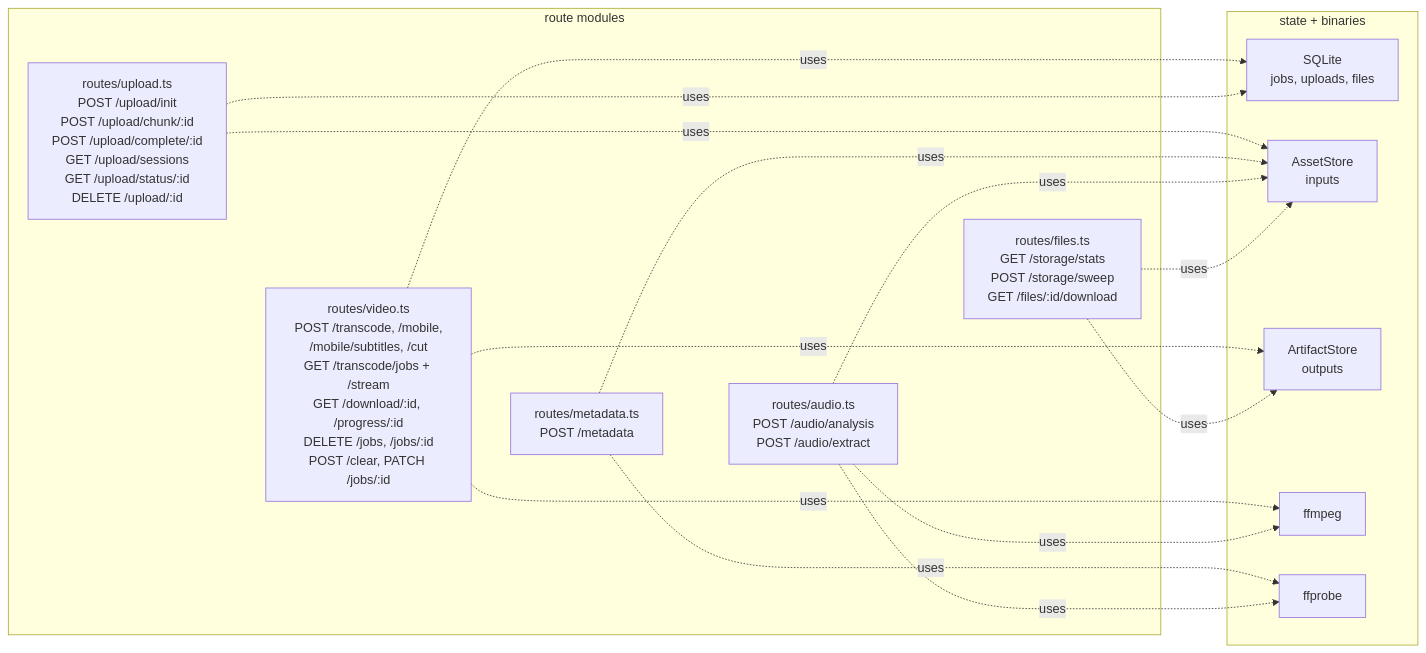
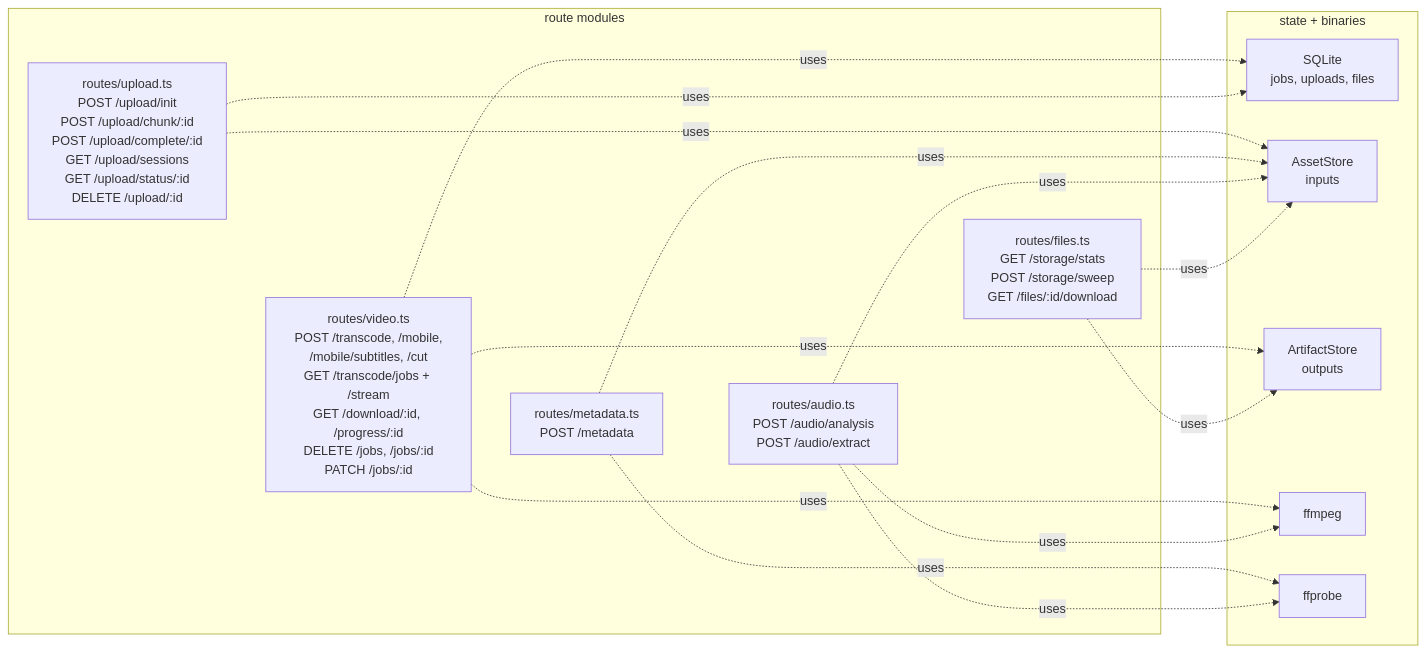
Before and after one commit to Iipal/ffmpego_editor: the second of 6 diagrams in apps/api/README.md, drawn with Mermaid. The commit also changed other lines of this file and 3 other files, not shown here.

Commit message:
chore(api): delete dead POST /transcode/clear alias (use DELETE /transcode/jobs)

````diff
--- a/apps/api/README.md
+++ b/apps/api/README.md
@@ -38,26 +38,26 @@
 ```mermaid
 flowchart LR
     subgraph Modules["route modules"]
         U["routes/upload.ts<br/>POST /upload/init<br/>POST /upload/chunk/:id<br/>POST /upload/complete/:id<br/>GET /upload/sessions<br/>GET /upload/status/:id<br/>DELETE /upload/:id"]
-        V["routes/video.ts<br/>POST /transcode, /mobile,<br/>/mobile/subtitles, /cut<br/>GET /transcode/jobs + /stream<br/>GET /download/:id, /progress/:id<br/>DELETE /jobs, /jobs/:id<br/>POST /clear, PATCH /jobs/:id"]
+        V["routes/video.ts<br/>POST /transcode, /mobile,<br/>/mobile/subtitles, /cut<br/>GET /transcode/jobs + /stream<br/>GET /download/:id, /progress/:id<br/>DELETE /jobs, /jobs/:id<br/>PATCH /jobs/:id"]
         MD["routes/metadata.ts<br/>POST /metadata"]
         AU["routes/audio.ts<br/>POST /audio/analysis<br/>POST /audio/extract"]
         F["routes/files.ts<br/>GET /storage/stats<br/>POST /storage/sweep<br/>GET /files/:id/download"]
     end
 
     U ~~~ V ~~~ MD ~~~ AU ~~~ F
 
     subgraph State["state + binaries"]
         DB["SQLite<br/>jobs, uploads, files"]
         AS["AssetStore<br/>inputs"]
         AR["ArtifactStore<br/>outputs"]
         FF["ffmpeg"]
         FP["ffprobe"]
     end
 
     V -. uses .-> DB & AR & FF
     U -. uses .-> DB & AS
     MD -. uses .-> FP & AS
     AU -. uses .-> FF & FP & AS
     F -. uses .-> AS & AR
 ```
````
